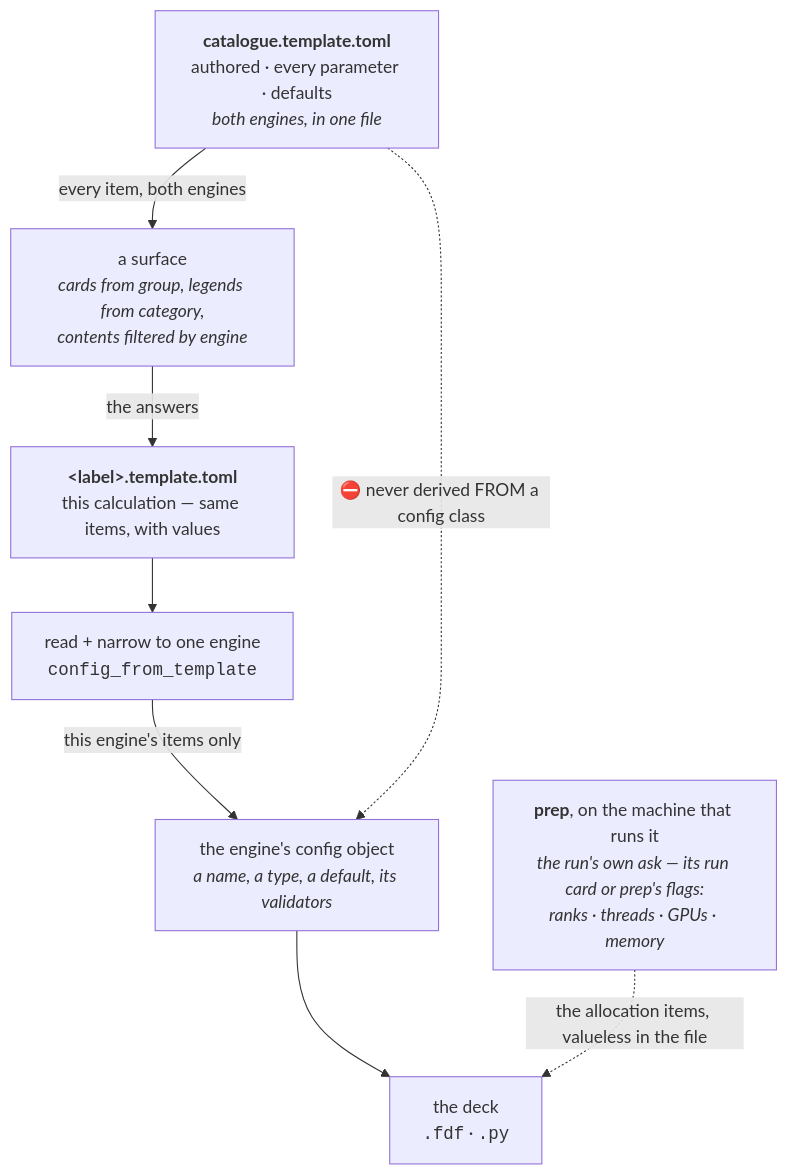
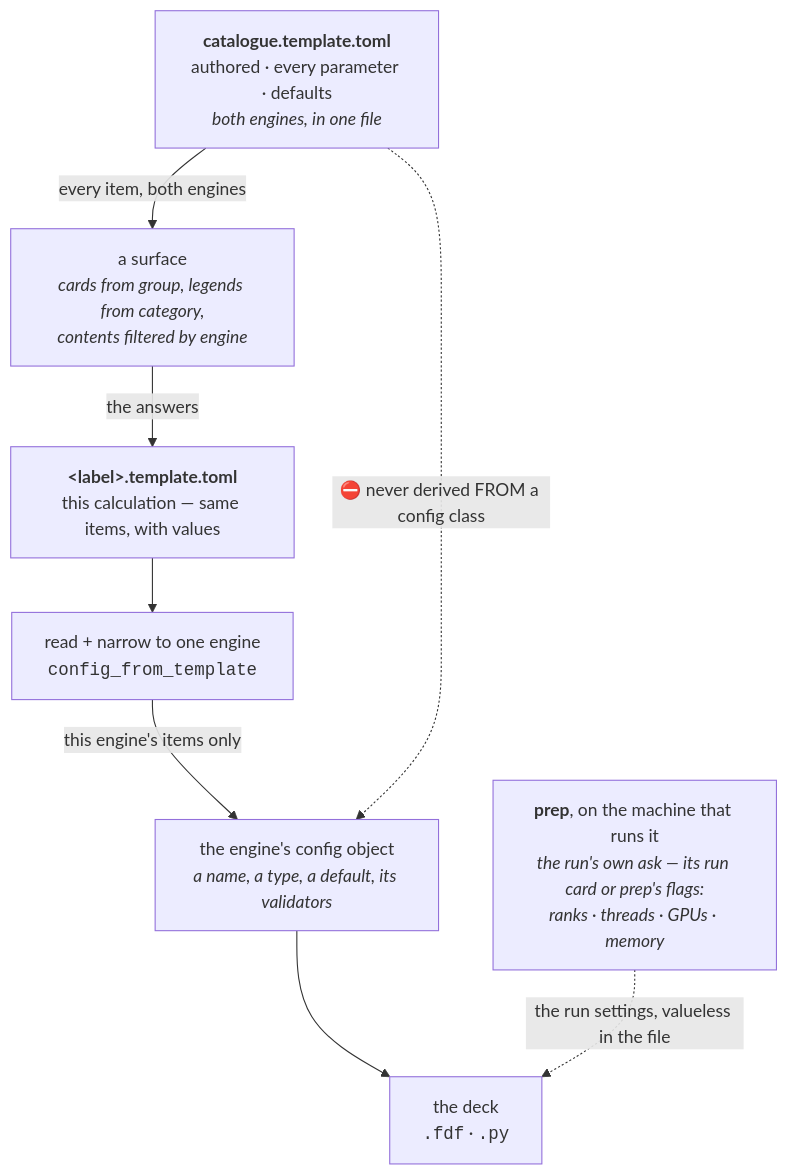
Before and after one commit to Qing-LAB/molbuilder: the first of 8 diagrams in docs/engines/template.md, drawn with Mermaid. The commit also changed other lines of this file and 196 other files, not shown here.

````diff
--- a/docs/engines/template.md
+++ b/docs/engines/template.md
@@ -597,19 +599,19 @@
 ```mermaid
 flowchart TD
     CAT["<b>catalogue.template.toml</b><br/>authored · every parameter · defaults<br/><i>both engines, in one file</i>"]
     UI["a surface<br/><i>cards from group, legends from category,<br/>contents filtered by engine</i>"]
     TPL["<b>&lt;label&gt;.template.toml</b><br/>this calculation — same items, with values"]
     RD["read + narrow to one engine<br/><code>config_from_template</code>"]
     CFG["the engine's config object<br/><i>a name, a type, a default, its validators</i>"]
     DECK["the deck<br/><code>.fdf</code> · <code>.py</code>"]
     ALLOC["<b>prep</b>, on the machine that runs it<br/><i>the run's own ask — its run card or prep's flags:<br/>ranks · threads · GPUs · memory</i>"]
 
     CAT -->|"every item, both engines"| UI
     UI -->|"the answers"| TPL
     TPL --> RD
     RD -->|"this engine's items only"| CFG
     CFG --> DECK
-    ALLOC -.->|"the allocation items, valueless in the file"| DECK
+    ALLOC -.->|"the run settings, valueless in the file"| DECK
 
     CAT -.->|"⛔ never derived FROM a config class"| CFG
 ```
````
